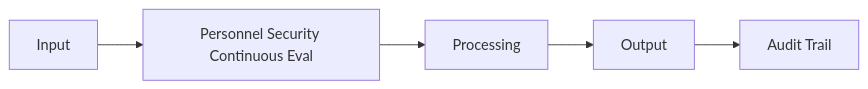
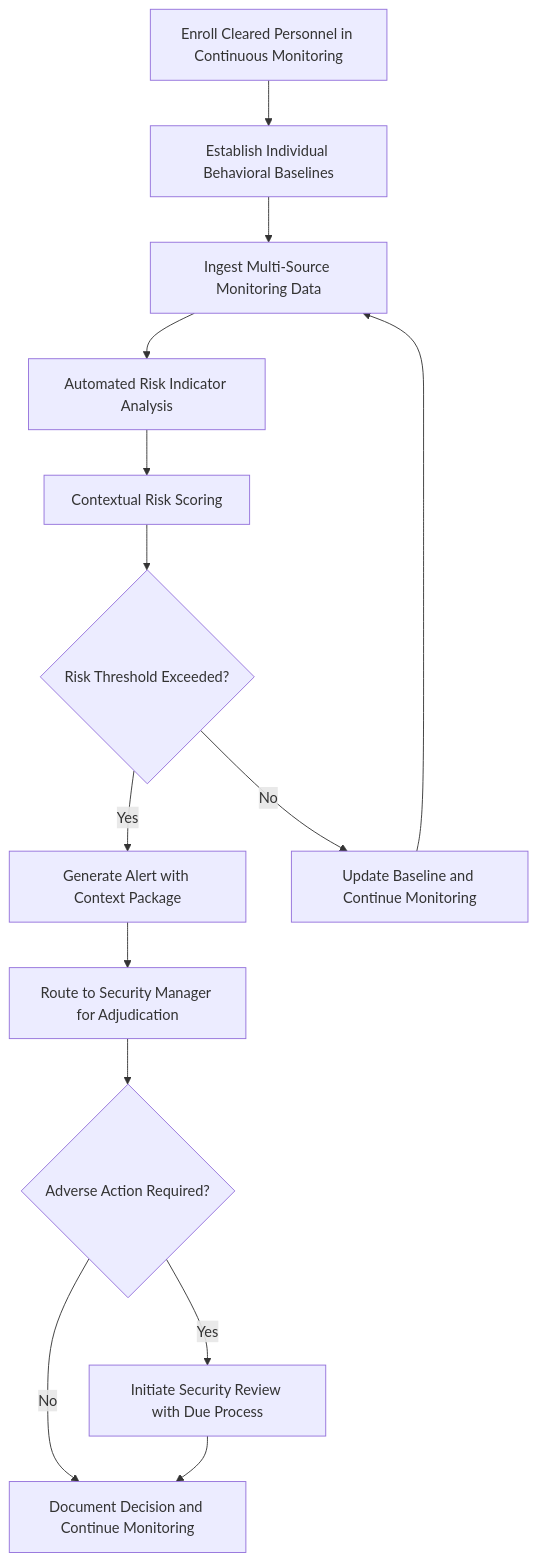
Before and after one commit to andrew-leo-2024/marketplace-docs: the diagram in docs/audiences/02-defense-security/personnel-security-continuous-eval.mdx, drawn with Mermaid. The commit also changed other lines of this file and 401 other files, not shown here.

````diff
--- a/docs/audiences/02-defense-security/personnel-security-continuous-eval.mdx
+++ b/docs/audiences/02-defense-security/personnel-security-continuous-eval.mdx
@@ -29,7 +35,16 @@
 ```mermaid
-graph LR
-    A[Input] --> B[Personnel Security Continuous Eval]
-    B --> C[Processing]
-    C --> D[Output]
-    D --> E[Audit Trail]
+graph TD
+    A[Enroll Cleared Personnel in Continuous Monitoring] --> B[Establish Individual Behavioral Baselines]
+    B --> C[Ingest Multi-Source Monitoring Data]
+    C --> D[Automated Risk Indicator Analysis]
+    D --> E[Contextual Risk Scoring]
+    E --> F{Risk Threshold Exceeded?}
+    F -->|Yes| G[Generate Alert with Context Package]
+    F -->|No| H[Update Baseline and Continue Monitoring]
+    G --> I[Route to Security Manager for Adjudication]
+    I --> J{Adverse Action Required?}
+    J -->|Yes| K[Initiate Security Review with Due Process]
+    J -->|No| L[Document Decision and Continue Monitoring]
+    K --> L
+    H --> C
 ```
````
